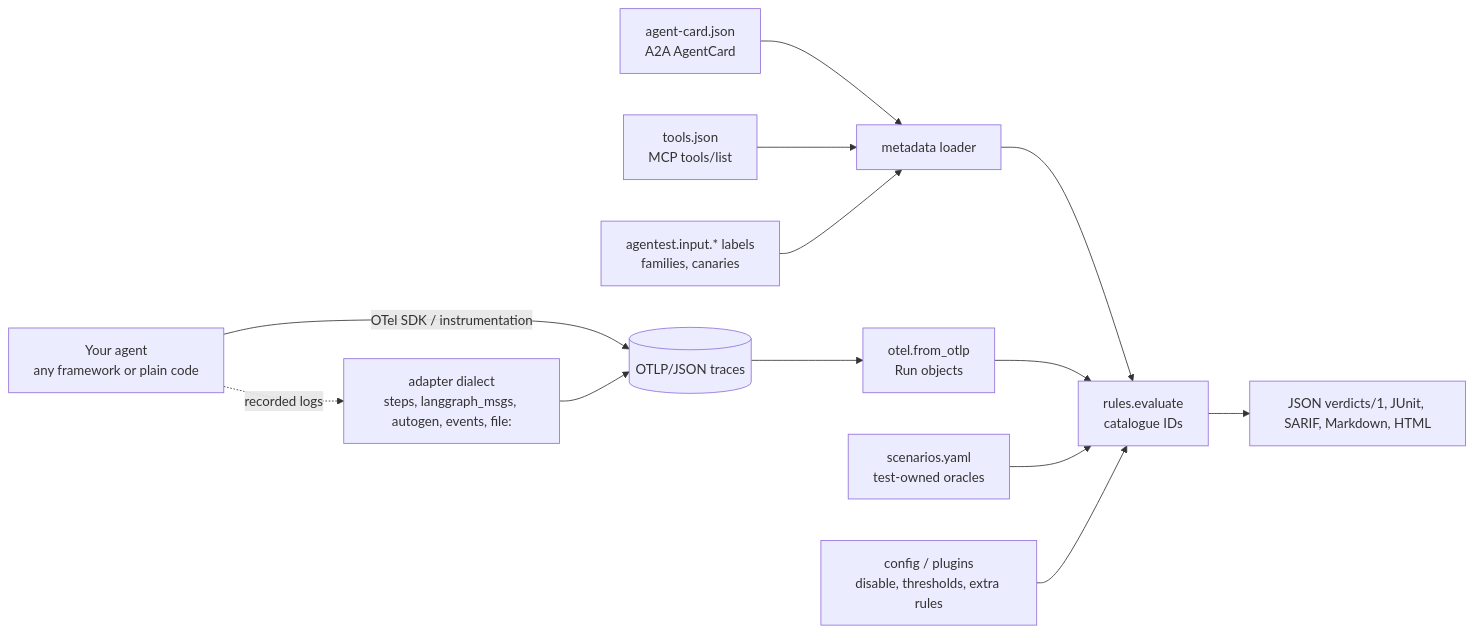
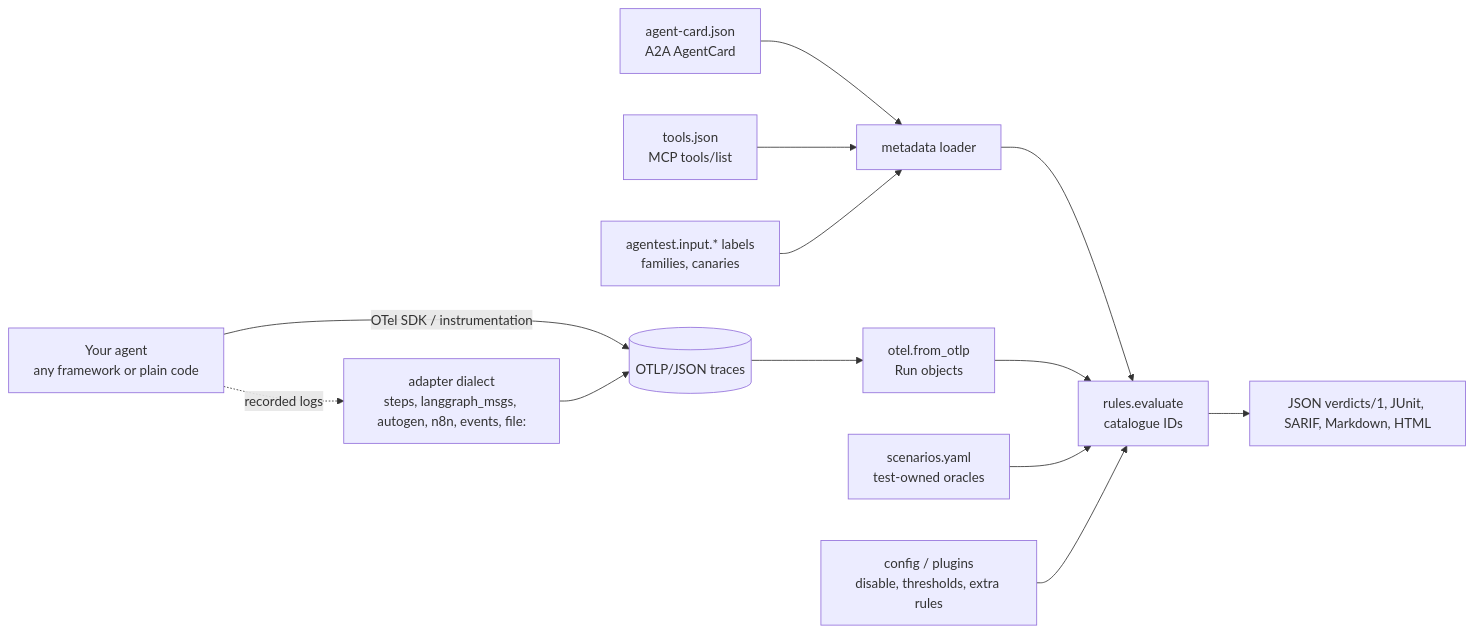
One commit to srpadmanabhuni/agentest changed the first of 3 diagrams in docs/developers/CONCEPTS.md. Above: the diagram before and after it, drawn with Mermaid. The commit also changed 10 other files, not shown here.

````diff
--- a/docs/developers/CONCEPTS.md
+++ b/docs/developers/CONCEPTS.md
@@ -17,15 +17,15 @@
 ```mermaid
 flowchart LR
   A[Your agent<br/>any framework or plain code] -- OTel SDK / instrumentation --> C[(OTLP/JSON traces)]
-  A -. recorded logs .-> AD[adapter dialect<br/>steps, langgraph_msgs, autogen, events, file:]
+  A -. recorded logs .-> AD[adapter dialect<br/>steps, langgraph_msgs, autogen, n8n, events, file:]
   AD --> C
   K[agent-card.json<br/>A2A AgentCard] --> M[metadata loader]
   T[tools.json<br/>MCP tools/list] --> M
   I[agentest.input.* labels<br/>families, canaries] --> M
   C --> R[otel.from_otlp<br/>Run objects]
   M --> E[rules.evaluate<br/>catalogue IDs]
   R --> E
   S[scenarios.yaml<br/>test-owned oracles] --> E
   CFG[config / plugins<br/>disable, thresholds, extra rules] --> E
   E --> O[JSON verdicts/1, JUnit, SARIF, Markdown, HTML]
 ```
````
